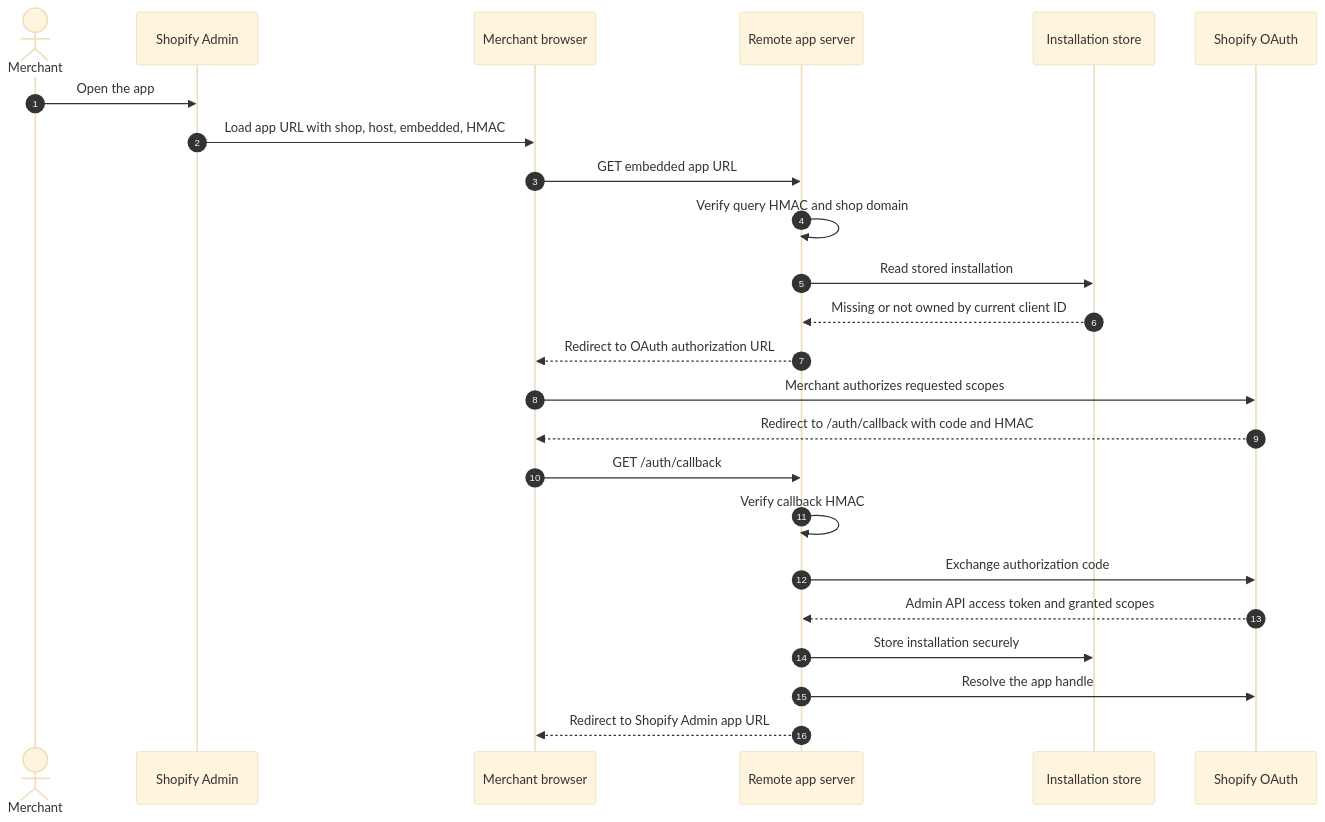
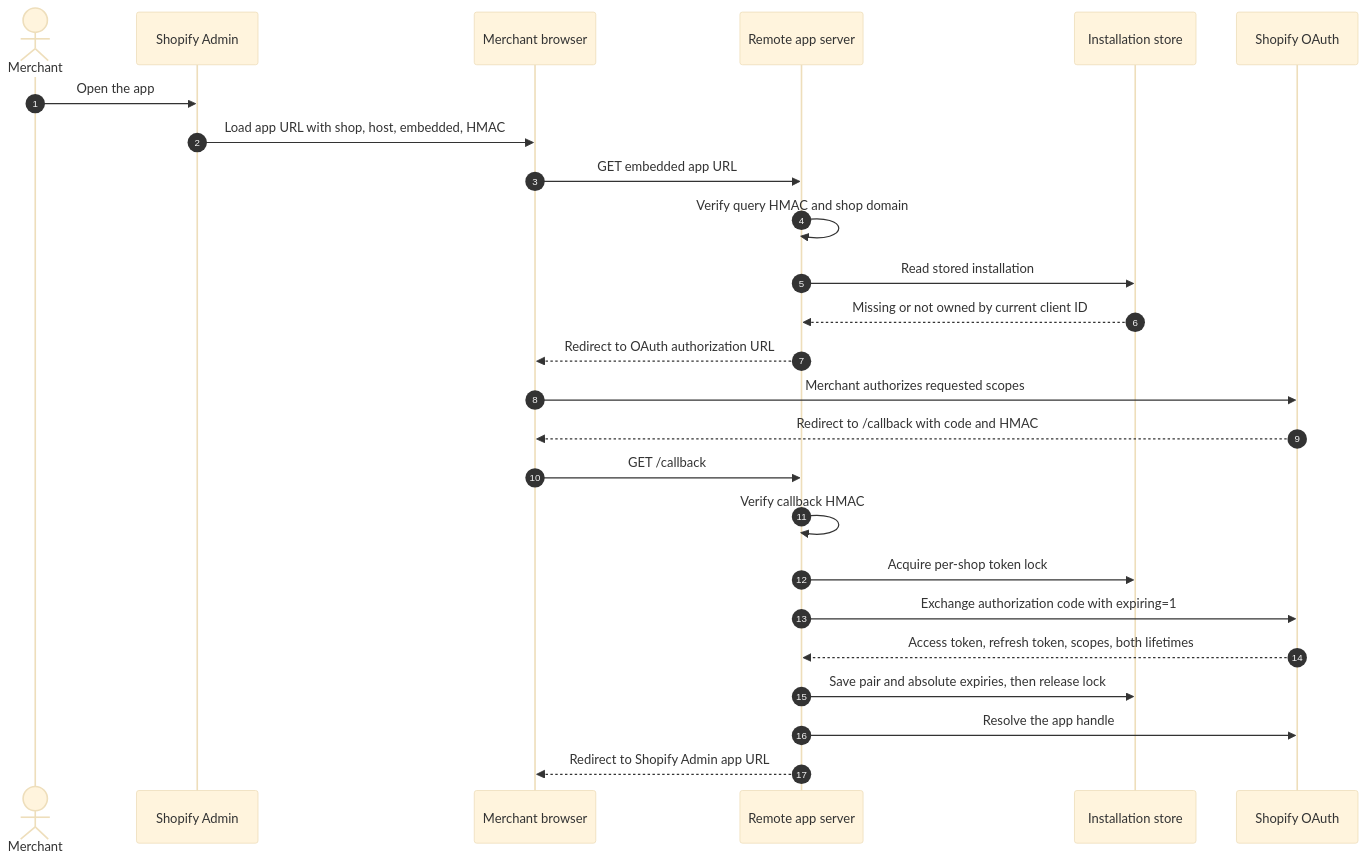
The first of 8 diagrams in docs/00-ARCHITECTURE.md (benzookapi/shopify-barebone-app-sample), drawn with Mermaid (base theme) before and after one commit. The commit also changed other lines of this file and 3 other files, not shown here.

Commit message:
Document app security configuration and offline token refresh flow

````diff
--- a/docs/00-ARCHITECTURE.md
+++ b/docs/00-ARCHITECTURE.md
@@ -26,27 +26,28 @@
 ```mermaid
 sequenceDiagram
     autonumber
     actor Merchant
     participant Admin as Shopify Admin
     participant Browser as Merchant browser
     participant App as Remote app server
     participant Store as Installation store
     participant OAuth as Shopify OAuth
 
     Merchant->>Admin: Open the app
     Admin->>Browser: Load app URL with shop, host, embedded, HMAC
     Browser->>App: GET embedded app URL
     App->>App: Verify query HMAC and shop domain
     App->>Store: Read stored installation
     Store-->>App: Missing or not owned by current client ID
     App-->>Browser: Redirect to OAuth authorization URL
     Browser->>OAuth: Merchant authorizes requested scopes
-    OAuth-->>Browser: Redirect to /auth/callback with code and HMAC
-    Browser->>App: GET /auth/callback
+    OAuth-->>Browser: Redirect to /callback with code and HMAC
+    Browser->>App: GET /callback
     App->>App: Verify callback HMAC
-    App->>OAuth: Exchange authorization code
-    OAuth-->>App: Admin API access token and granted scopes
-    App->>Store: Store installation securely
+    App->>Store: Acquire per-shop token lock
+    App->>OAuth: Exchange authorization code with expiring=1
+    OAuth-->>App: Access token, refresh token, scopes, both lifetimes
+    App->>Store: Save pair and absolute expiries, then release lock
     App->>OAuth: Resolve the app handle
     App-->>Browser: Redirect to Shopify Admin app URL
 ```
````
